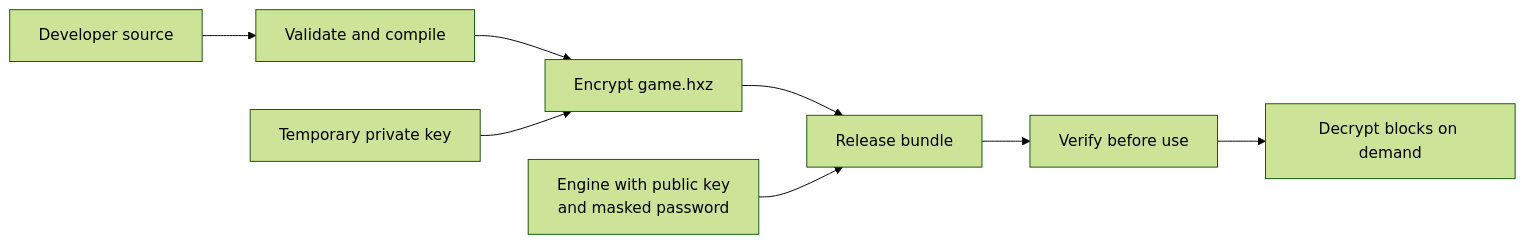
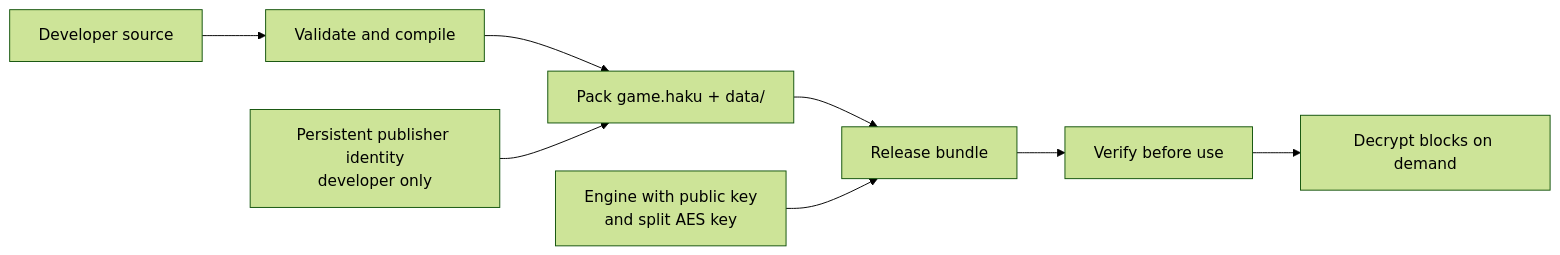
One commit to maincoretech/keine changed the fourth of 4 diagrams in README.md. Above: the diagram before and after it, drawn with Mermaid (forest theme). The commit also changed other lines of this file and 42 other files, not shown here.

````diff
--- a/README.md
+++ b/README.md
@@ -262,10 +258,10 @@
 ```mermaid
 flowchart LR
     S["Developer source"] --> C["Validate and compile"]
-    C --> P["Encrypt game.hxz"]
-    K["Temporary private key"] --> P
+    C --> P["Pack game.haku + data/"]
+    K["Persistent publisher identity<br/>developer only"] --> P
     P --> B["Release bundle"]
-    U["Engine with public key<br/>and masked password"] --> B
+    U["Engine with public key<br/>and split AES key"] --> B
     B --> V["Verify before use"]
     V --> R["Decrypt blocks on demand"]
 ```
````
